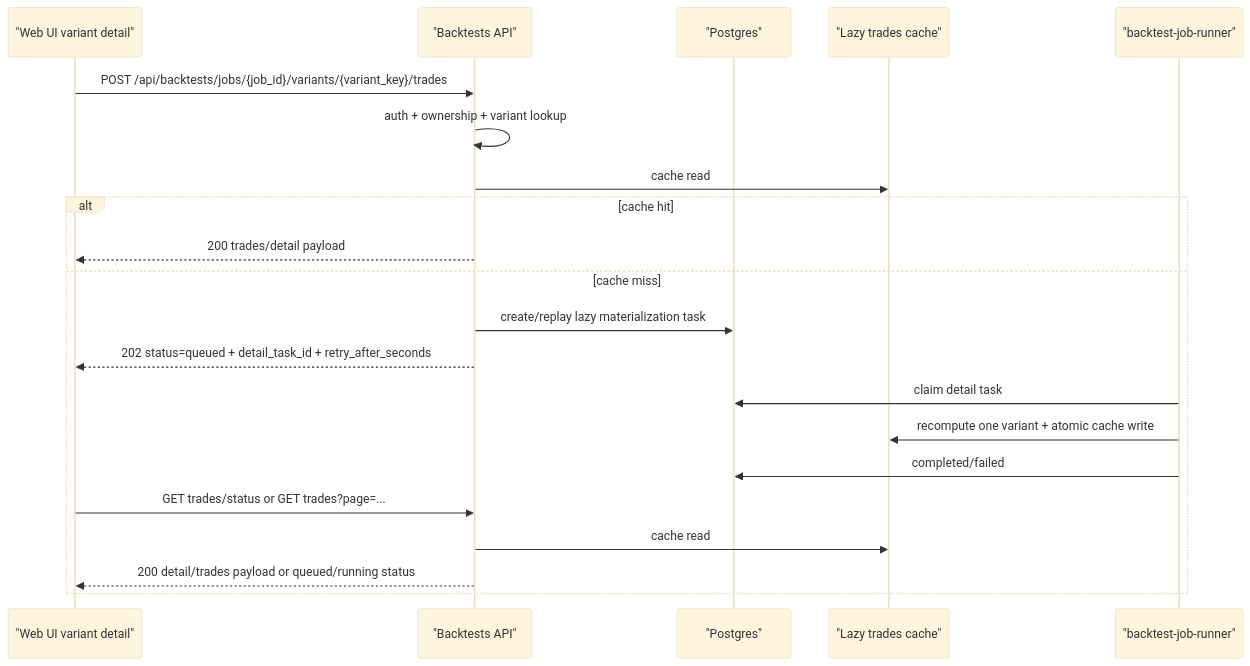
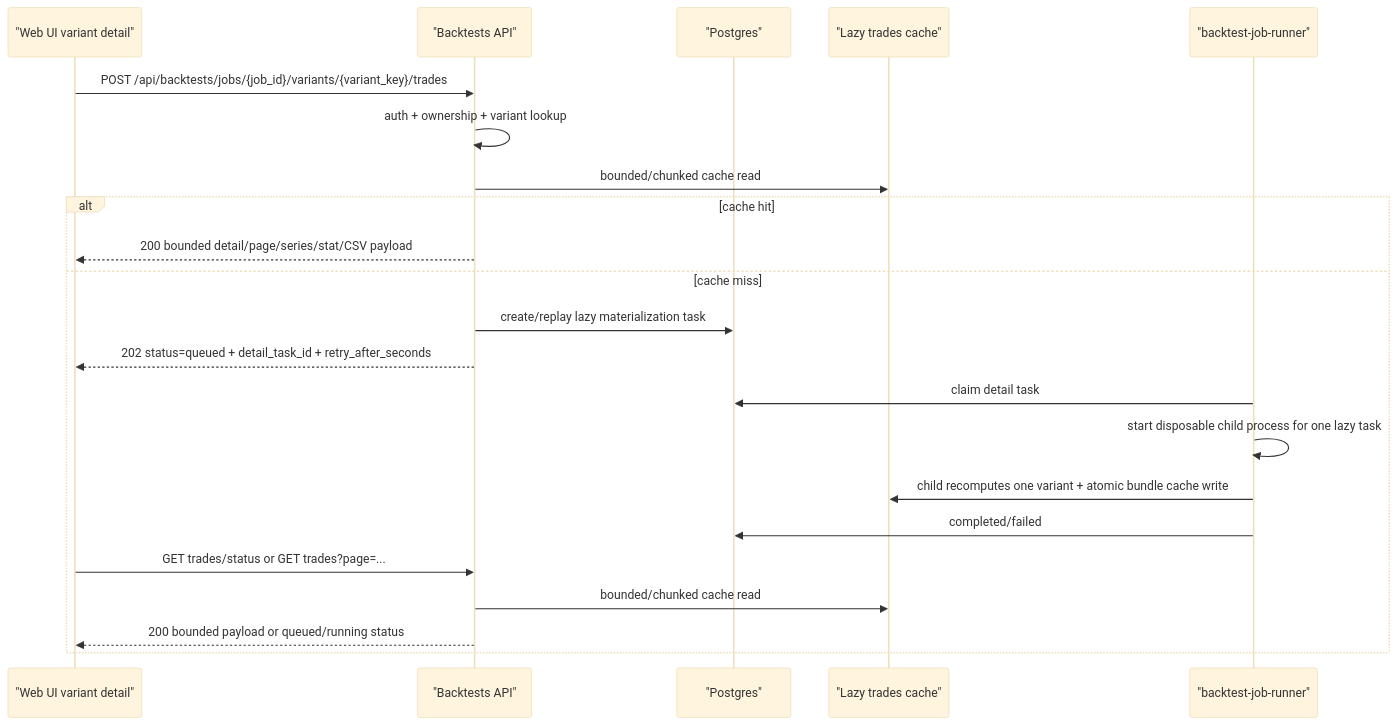
Before and after one commit to Dejetins/roehub.com: the diagram in docs/architecture/backtest/backtest-job-runner-production-plan-v1.md, drawn with Mermaid (base theme). The commit also changed other lines of this file and 17 other files, not shown here.

Commit message:
make lazy trades cache reads bounded

````diff
--- a/docs/architecture/backtest/backtest-job-runner-production-plan-v1.md
+++ b/docs/architecture/backtest/backtest-job-runner-production-plan-v1.md
@@ -149,24 +149,25 @@
 ```mermaid
 sequenceDiagram
     participant UI as "Web UI variant detail"
     participant API as "Backtests API"
     participant DB as "Postgres"
     participant C as "Lazy trades cache"
     participant W as "backtest-job-runner"
 
     UI->>API: POST /api/backtests/jobs/{job_id}/variants/{variant_key}/trades
     API->>API: auth + ownership + variant lookup
-    API->>C: cache read
+    API->>C: bounded/chunked cache read
     alt cache hit
-        API-->>UI: 200 trades/detail payload
+        API-->>UI: 200 bounded detail/page/series/stat/CSV payload
     else cache miss
         API->>DB: create/replay lazy materialization task
         API-->>UI: 202 status=queued + detail_task_id + retry_after_seconds
         W->>DB: claim detail task
-        W->>C: recompute one variant + atomic cache write
+        W->>W: start disposable child process for one lazy task
+        W->>C: child recomputes one variant + atomic bundle cache write
         W->>DB: completed/failed
         UI->>API: GET trades/status or GET trades?page=...
-        API->>C: cache read
-        API-->>UI: 200 detail/trades payload or queued/running status
+        API->>C: bounded/chunked cache read
+        API-->>UI: 200 bounded payload or queued/running status
     end
 ```
````
